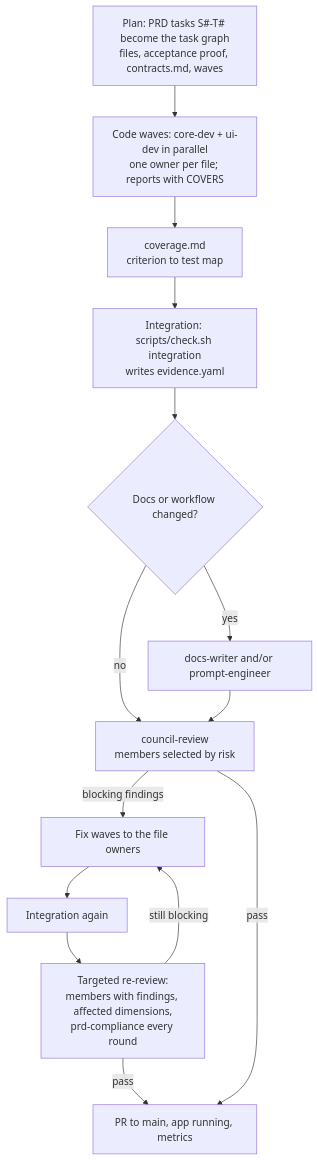
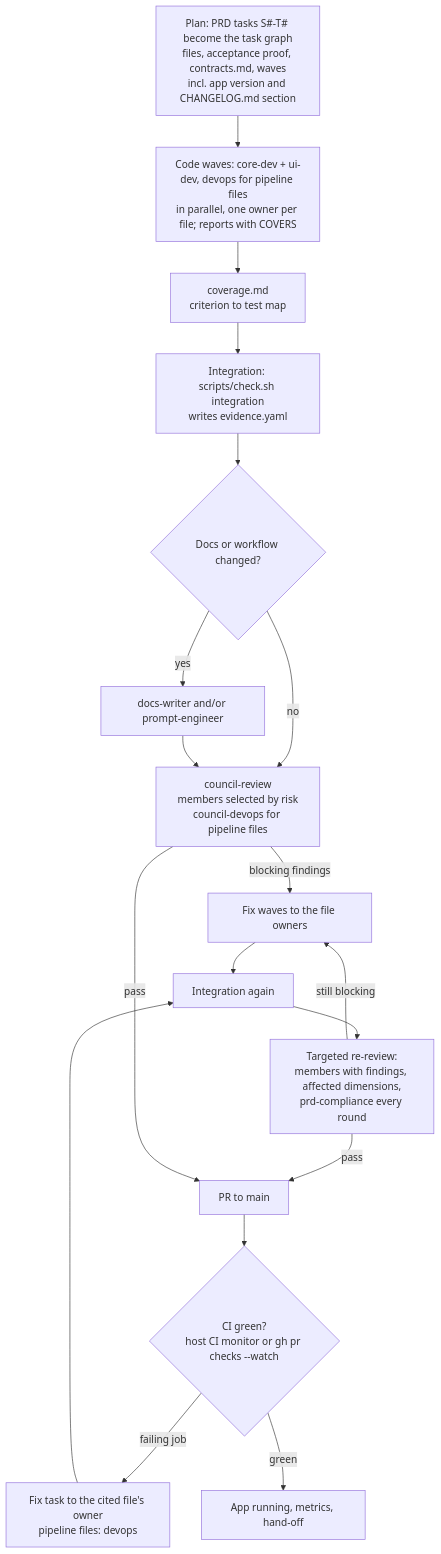
The second of 3 diagrams in docs/workflow.md (Sherlock64/zeni), drawn with Mermaid before and after one commit. The commit also changed other lines of this file and 72 other files, not shown here.

````diff
--- a/docs/workflow.md
+++ b/docs/workflow.md
@@ -25,15 +25,19 @@
 ```mermaid
 flowchart TD
-  Plan["Plan: PRD tasks S#-T# become the task graph<br/>files, acceptance proof, contracts.md, waves"] --> Waves
-  Waves["Code waves: core-dev + ui-dev in parallel<br/>one owner per file; reports with COVERS"] --> Cov["coverage.md<br/>criterion to test map"]
+  Plan["Plan: PRD tasks S#-T# become the task graph<br/>files, acceptance proof, contracts.md, waves<br/>incl. app version and CHANGELOG.md section"] --> Waves
+  Waves["Code waves: core-dev + ui-dev, devops for pipeline files<br/>in parallel, one owner per file; reports with COVERS"] --> Cov["coverage.md<br/>criterion to test map"]
   Cov --> Int["Integration: scripts/check.sh integration<br/>writes evidence.yaml"]
   Int --> Docs{"Docs or workflow changed?"}
   Docs -- yes --> DW["docs-writer and/or prompt-engineer"]
   Docs -- no --> Council
-  DW --> Council["council-review<br/>members selected by risk"]
+  DW --> Council["council-review<br/>members selected by risk<br/>council-devops for pipeline files"]
   Council -- "blocking findings" --> FixW["Fix waves to the file owners"]
   FixW --> Int2["Integration again"] --> Re["Targeted re-review:<br/>members with findings, affected dimensions,<br/>prd-compliance every round"]
   Re -- "still blocking" --> FixW
   Re -- pass --> PR
-  Council -- pass --> PR["PR to main, app running, metrics"]
+  Council -- pass --> PR["PR to main"]
+  PR --> CI{"CI green?<br/>host CI monitor or gh pr checks --watch"}
+  CI -- "failing job" --> CIFix["Fix task to the cited file's owner<br/>pipeline files: devops"]
+  CIFix --> Int2
+  CI -- green --> Hand["App running, metrics, hand-off"]
 ```
````
